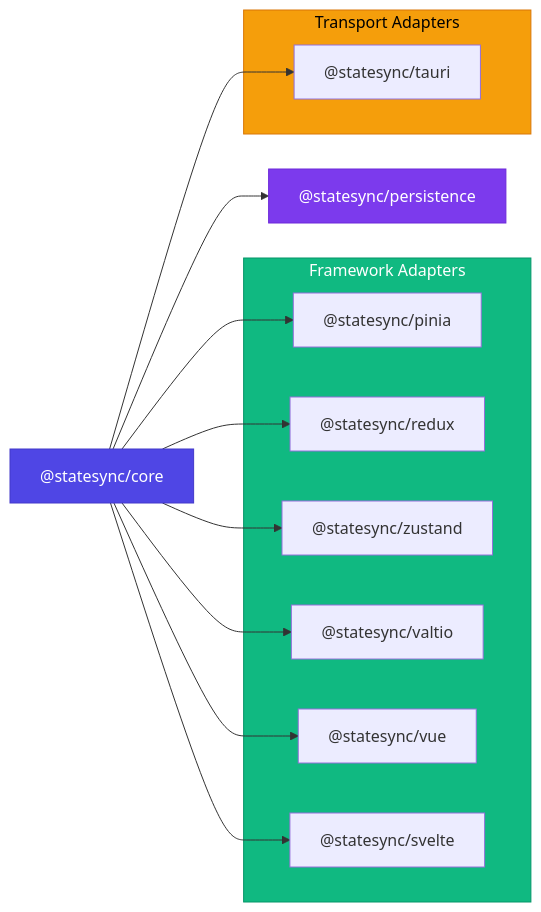
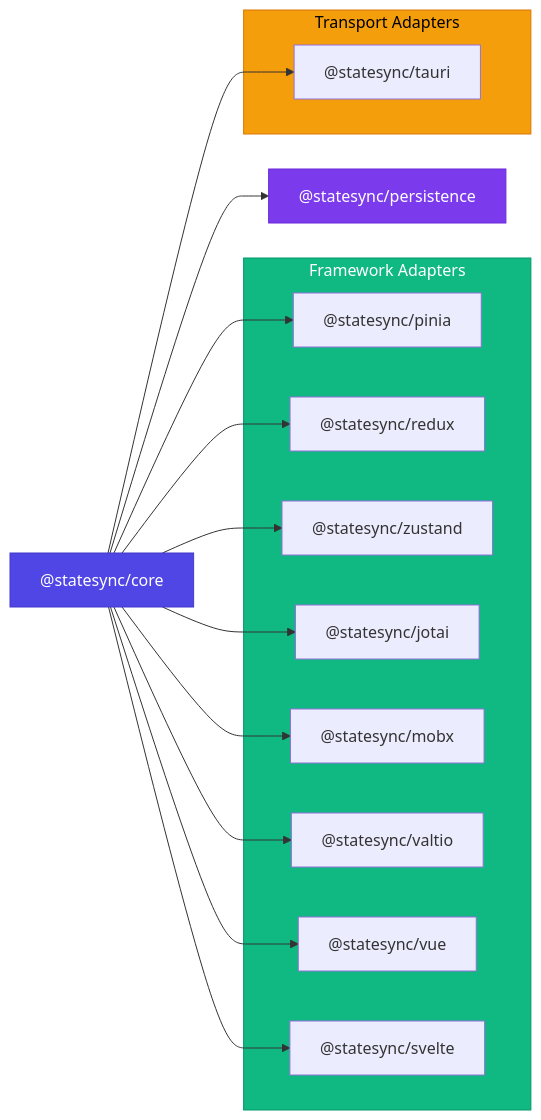
One commit to 777genius/state-sync changed the second of 8 diagrams in docs/architecture.md. Above: the diagram before and after it, drawn with Mermaid.

Commit message:
docs: add Jotai and MobX to architecture diagram

````diff
--- a/docs/architecture.md
+++ b/docs/architecture.md
@@ -28,41 +28,47 @@
 ```mermaid
 graph LR
   Core["@statesync/core"]
 
   Persistence["@statesync/persistence"]
   Tauri["@statesync/tauri"]
 
   Pinia["@statesync/pinia"]
   Redux["@statesync/redux"]
   Zustand["@statesync/zustand"]
+  Jotai["@statesync/jotai"]
+  MobX["@statesync/mobx"]
   Valtio["@statesync/valtio"]
   VueAdapter["@statesync/vue"]
   Svelte["@statesync/svelte"]
 
   Core --> Persistence
   Core --> Tauri
   Core --> Pinia
   Core --> Redux
   Core --> Zustand
+  Core --> Jotai
+  Core --> MobX
   Core --> Valtio
   Core --> VueAdapter
   Core --> Svelte
 
   subgraph Framework["Framework Adapters"]
     Pinia
     Redux
     Zustand
+    Jotai
+    MobX
     Valtio
     VueAdapter
     Svelte
   end
 
   subgraph Transport["Transport Adapters"]
     Tauri
   end
 
   style Core fill:#4f46e5,color:#fff,stroke:#4338ca
   style Persistence fill:#7c3aed,color:#fff,stroke:#6d28d9
   style Framework fill:#10b981,color:#fff,stroke:#059669
   style Transport fill:#f59e0b,color:#000,stroke:#d97706
 ```
````
